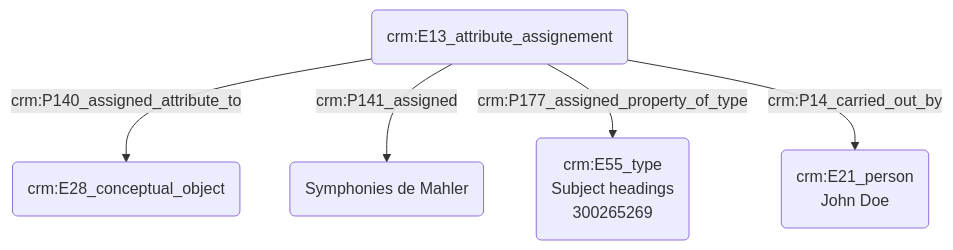
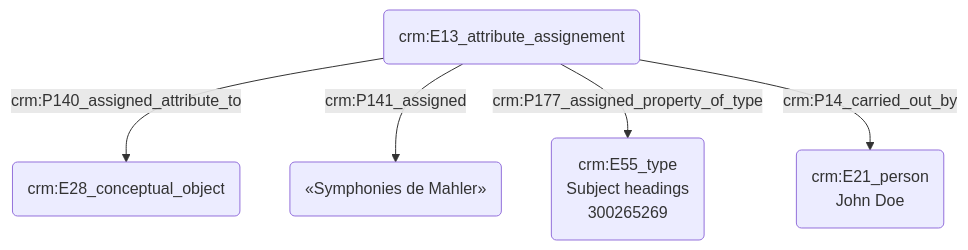
Before and after one commit to Amleth/consortium-musica2-gt2-ontologies: the diagram in modules/livrables/Dossier 2/Indexation conceptuelle/indexation d'une thématique.md, drawn with Mermaid.

Commit message:
Update indexation d'une thématique.md

````diff
--- a/modules/livrables/Dossier 2/Indexation conceptuelle/indexation d'une thématique.md
+++ b/modules/livrables/Dossier 2/Indexation conceptuelle/indexation d'une thématique.md
@@ -16,9 +16,9 @@
 ```mermaid
 graph TD;
 
 D(crm:E13_attribute_assignement) --> |crm:P140_assigned_attribute_to| A(crm:E28_conceptual_object)
-D(crm:E13_attribute_assignement) --> |crm:P141_assigned| B(Symphonies de Mahler)
+D(crm:E13_attribute_assignement) --> |crm:P141_assigned| B(«Symphonies de Mahler»)
 D(crm:E13_attribute_assignement) --> |crm:P177_assigned_property_of_type| C(crm:E55_type<br>Subject headings<br>300265269)
 D(crm:E13_attribute_assignement) --> |crm:P14_carried_out_by| F(crm:E21_person<br>John Doe)
 
 ```
````
